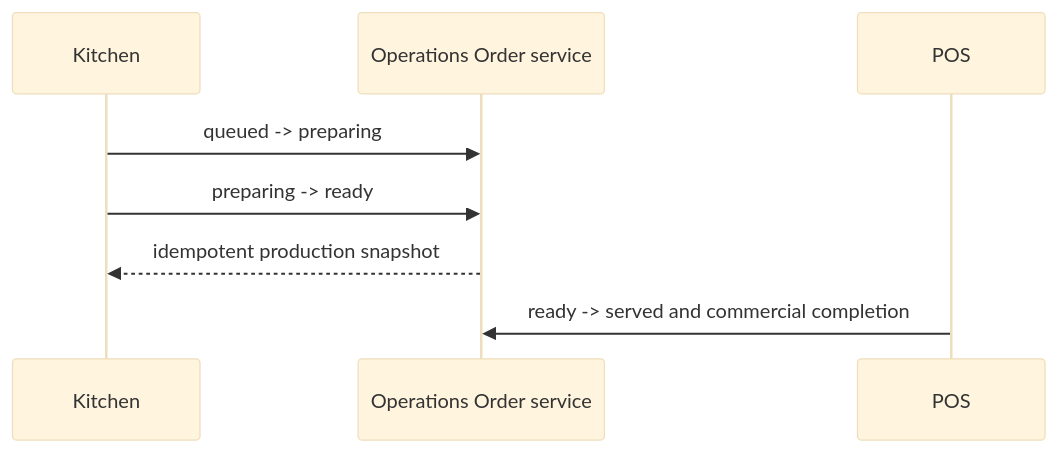
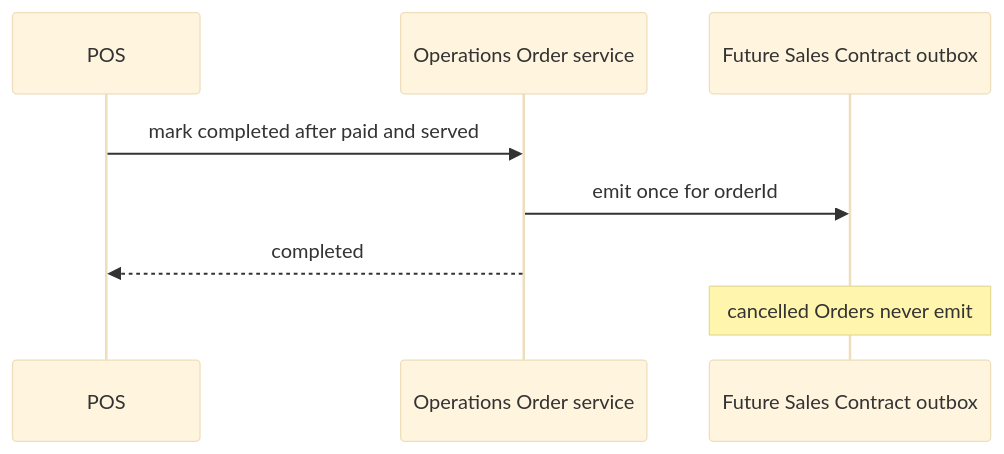
Before and after one commit to lighthousefood0508-wq/island-operations-assistant: the fourth of 4 diagrams in docs/order/ORDER_SEQUENCE_DIAGRAMS.md, drawn with Mermaid (base theme). The commit also changed other lines of this file and 20 other files, not shown here.

````diff
--- a/docs/order/ORDER_SEQUENCE_DIAGRAMS.md
+++ b/docs/order/ORDER_SEQUENCE_DIAGRAMS.md
@@ -77,10 +54,10 @@
 ```mermaid
 sequenceDiagram
-  participant Kitchen
+  participant POS
   participant Order as Operations Order service
-  Kitchen->>Order: queued -> preparing
-  Kitchen->>Order: preparing -> ready
-  Order-->>Kitchen: idempotent production snapshot
-  participant POS
-  POS->>Order: ready -> served and commercial completion
+  participant Outbox as Future Sales Contract outbox
+  POS->>Order: mark completed after paid and served
+  Order->>Outbox: emit once for orderId
+  Order-->>POS: completed
+  Note over Outbox: cancelled Orders never emit
 ```
````
